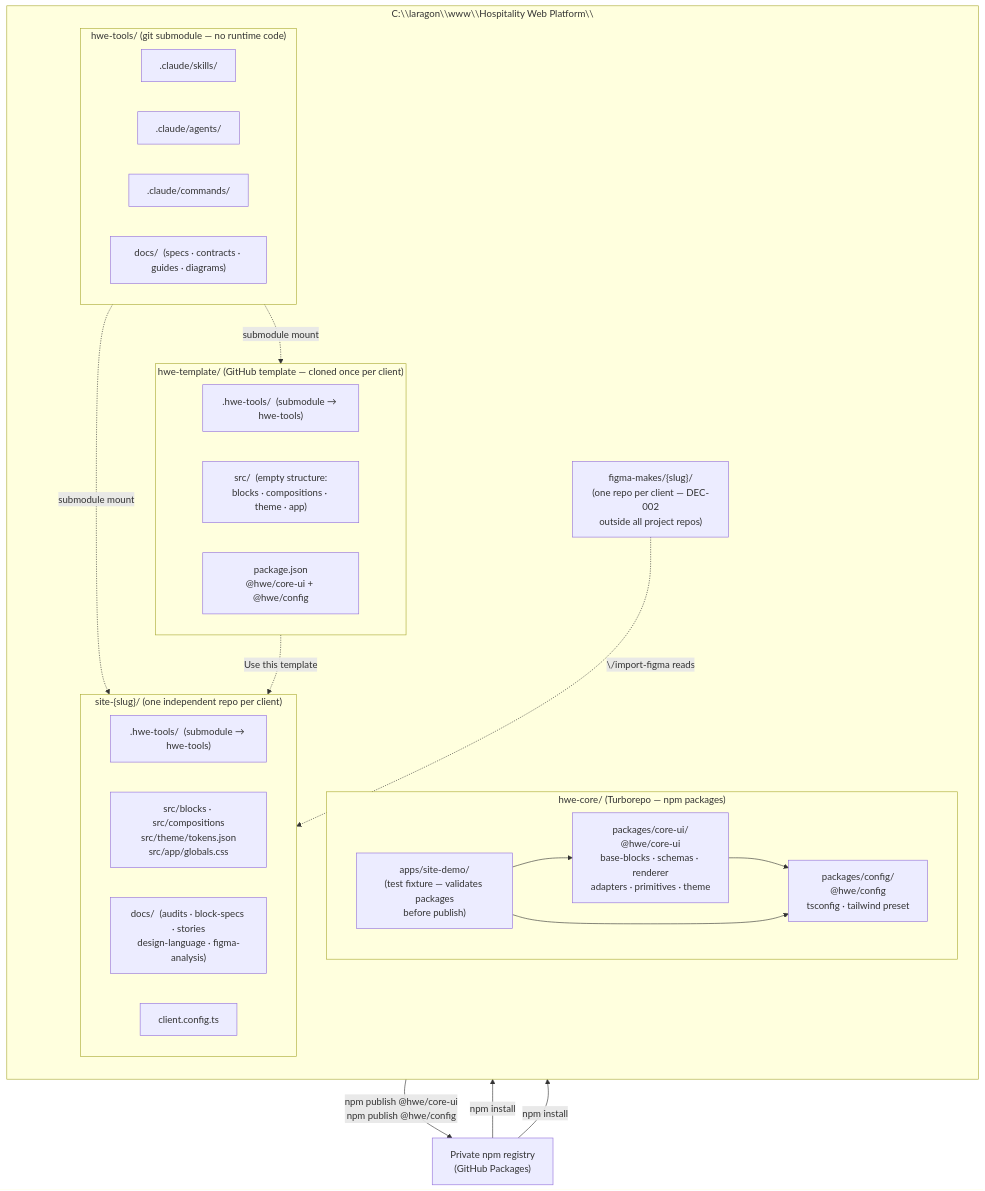
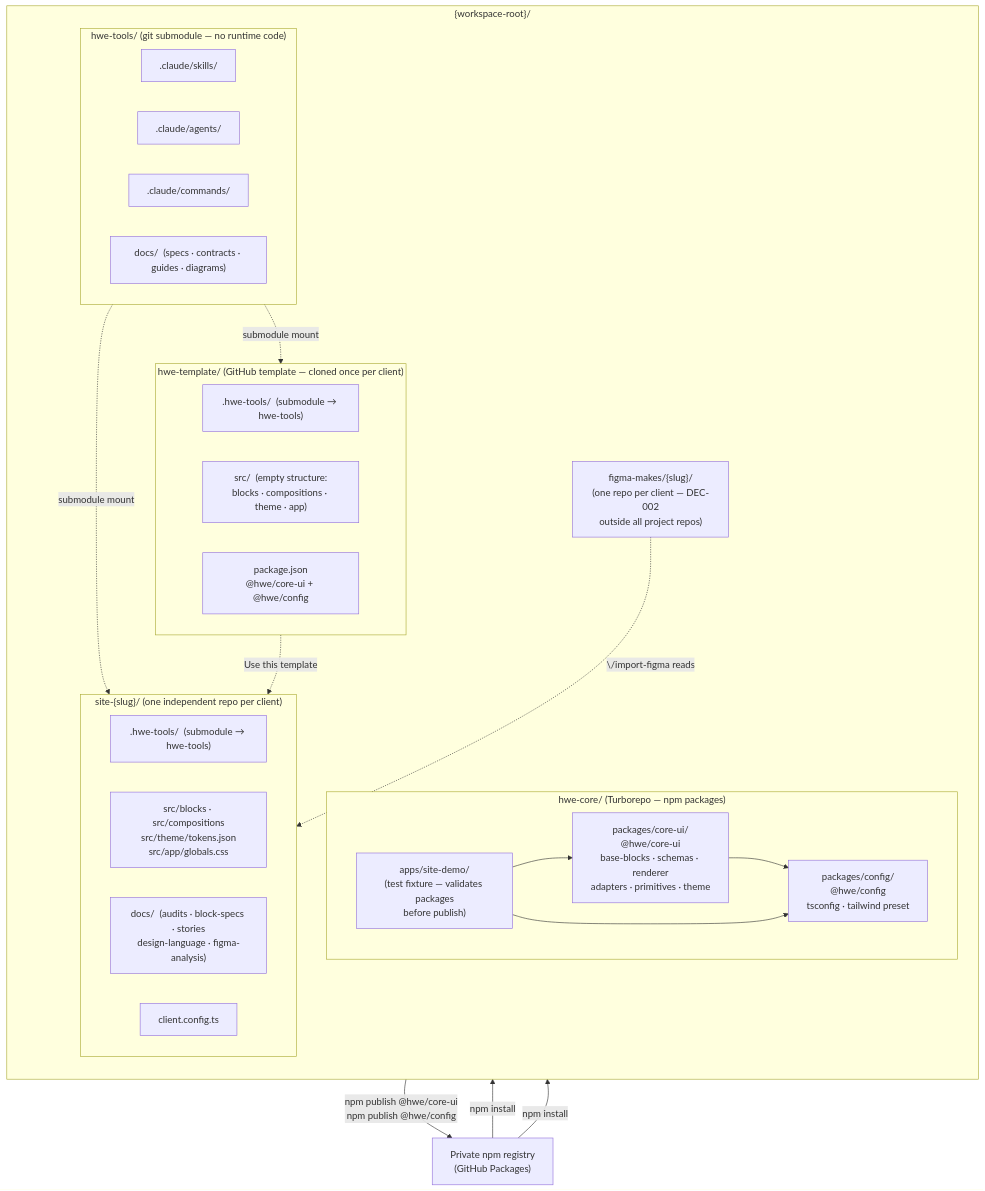
Before and after one commit to AD-Web-Headless-IA/hwe-tools: the diagram in docs/diagrams/monorepo-overview.md, drawn with Mermaid. The commit also changed 28 other files, not shown here.

````diff
--- a/docs/diagrams/monorepo-overview.md
+++ b/docs/diagrams/monorepo-overview.md
@@ -7,51 +7,51 @@
 ```mermaid
 flowchart TB
-  subgraph workspace["C:\\laragon\\www\\Hospitality Web Platform\\"]
+  subgraph workspace["{workspace-root}/"]
     direction TB
 
     subgraph tools["hwe-tools/  (git submodule — no runtime code)"]
       direction LR
       skills[".claude/skills/"]
       agents[".claude/agents/"]
       commands[".claude/commands/"]
       docs_t["docs/  (specs · contracts · guides · diagrams)"]
     end
 
     subgraph core["hwe-core/  (Turborepo — npm packages)"]
       direction LR
       coreui["packages/core-ui/\n@hwe/core-ui\nbase-blocks · schemas · renderer\nadapters · primitives · theme"]
       config["packages/config/\n@hwe/config\ntsconfig · tailwind preset"]
       site_demo["apps/site-demo/\n(test fixture — validates packages\nbefore publish)"]
       coreui --> config
       site_demo --> coreui
       site_demo --> config
     end
 
     subgraph template["hwe-template/  (GitHub template — cloned once per client)"]
       direction LR
       tmpl_tools[".hwe-tools/  (submodule → hwe-tools)"]
       tmpl_src["src/  (empty structure:\nblocks · compositions · theme · app)"]
       tmpl_pkg["package.json\n@hwe/core-ui + @hwe/config"]
     end
 
     subgraph clients["site-{slug}/  (one independent repo per client)"]
       direction LR
       client_tools[".hwe-tools/  (submodule → hwe-tools)"]
       client_src["src/blocks · src/compositions\nsrc/theme/tokens.json\nsrc/app/globals.css"]
       client_docs["docs/  (audits · block-specs · stories\ndesign-language · figma-analysis)"]
       client_cfg["client.config.ts"]
     end
 
     figma["figma-makes/{slug}/\n(one repo per client — DEC-002\noutside all project repos)"]
   end
 
   registry["Private npm registry\n(GitHub Packages)"]
 
   tools -.submodule mount.-> template
   tools -.submodule mount.-> clients
   core -- "npm publish @hwe/core-ui\nnpm publish @hwe/config" --> registry
   registry -- "npm install" --> template
   registry -- "npm install" --> clients
   template -."Use this template".-> clients
   figma -."\/import-figma reads".-> clients
 ```
````
